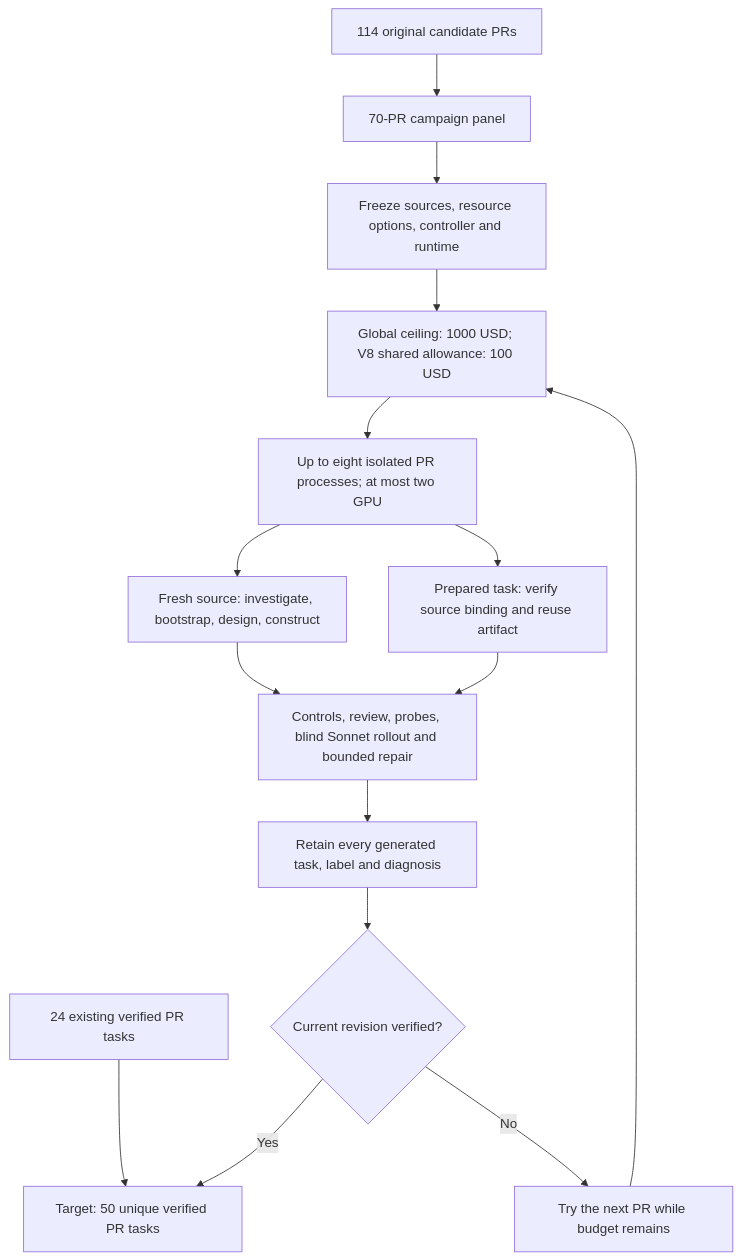
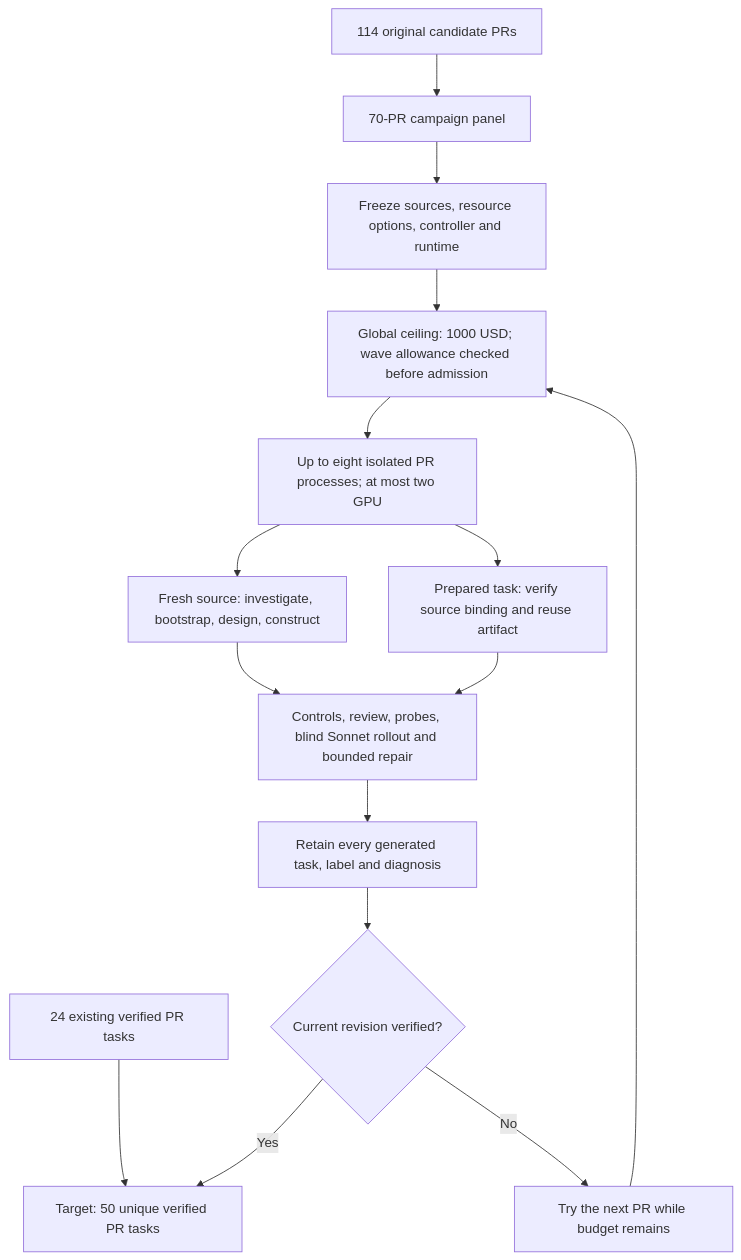
One commit to huggingface/Repo2RLEnv changed the diagram in docs/pipelines/tasksmith_scale50.md. Above: the diagram before and after it, drawn with Mermaid. The commit also changed other lines of this file, not shown here.

````diff
--- a/docs/pipelines/tasksmith_scale50.md
+++ b/docs/pipelines/tasksmith_scale50.md
@@ -343,17 +386,17 @@
 ```mermaid
 flowchart TD
     Old[24 existing verified PR tasks] --> Target[Target: 50 unique verified PR tasks]
     Inputs[114 original candidate PRs] --> Panel[70-PR campaign panel]
     Panel --> Freeze[Freeze sources, resource options, controller and runtime]
-    Freeze --> Budget[Global ceiling: 1000 USD; V8 shared allowance: 100 USD]
+    Freeze --> Budget[Global ceiling: 1000 USD; wave allowance checked before admission]
     Budget --> Parallel[Up to eight isolated PR processes; at most two GPU]
     Parallel --> Fresh[Fresh source: investigate, bootstrap, design, construct]
     Parallel --> Recovery[Prepared task: verify source binding and reuse artifact]
     Fresh --> Quality[Controls, review, probes, blind Sonnet rollout and bounded repair]
     Recovery --> Quality
     Quality --> Save[Retain every generated task, label and diagnosis]
     Save --> Accepted{Current revision verified?}
     Accepted -->|Yes| Target
     Accepted -->|No| Next[Try the next PR while budget remains]
     Next --> Budget
 ```
````
